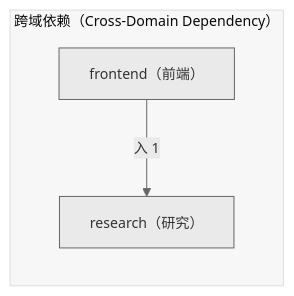
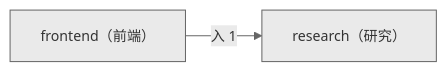
One commit to xuanFelixVan/ZephyrAlpha changed the second of 2 diagrams in docs/02_enterprise_architecture/06_decision_architecture/09_decision_l2a_research.md. Above: the diagram before and after it, drawn with Mermaid. The commit also changed other lines of this file and 23 other files, not shown here.

First line of the commit message:
fix(decision-diagram): 去掉 subgraph + 加 secondaryColor 修复节点白色

````diff
--- a/docs/02_enterprise_architecture/06_decision_architecture/09_decision_l2a_research.md
+++ b/docs/02_enterprise_architecture/06_decision_architecture/09_decision_l2a_research.md
@@ -93,9 +93,7 @@
 ```mermaid
-%%{init: {'theme': 'base', 'themeVariables': {'primaryColor': '#eaeaea', 'primaryTextColor': '#333333', 'primaryBorderColor': '#666666', 'lineColor': '#666666', 'fontSize': '14px'}}}%%
+%%{init: {'theme': 'base', 'themeVariables': {'primaryColor': '#eaeaea', 'primaryTextColor': '#333333', 'primaryBorderColor': '#666666', 'lineColor': '#666666', 'secondaryColor': '#eaeaea', 'tertiaryColor': '#eaeaea', 'fontSize': '14px'}}}%%
 flowchart LR
-    subgraph cd_sg["跨域依赖（Cross-Domain Dependency）"]
-        SELF["research（研究）"]
-        EXT_frontend["frontend（前端）"]
-        EXT_frontend -->|入 1| SELF
-    end
+    SELF["research（研究）"]
+    EXT_frontend["frontend（前端）"]
+    EXT_frontend -->|入 1| SELF
 ```
````
